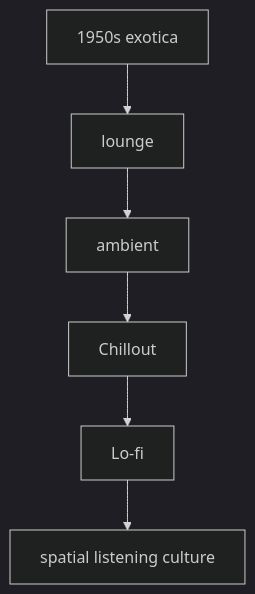
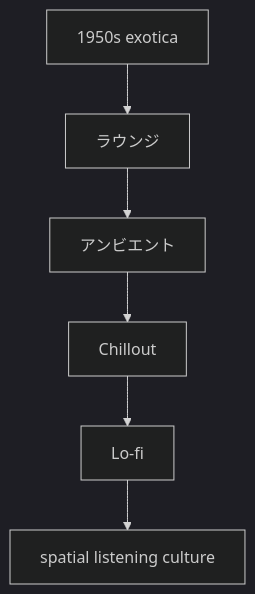
The eighth of 8 diagrams in en/_posts/2026-05-24-column-martin-denny.md (monumental-movement/monumental-movement.github.io), drawn with Mermaid (dark theme) before and after one commit. The commit also changed other lines of this file and 2196 other files, not shown here.

```diff
--- a/en/_posts/2026-05-24-column-martin-denny.md
+++ b/en/_posts/2026-05-24-column-martin-denny.md
@@ -465,8 +465,8 @@
 <div class="mermaid">
 graph TD
-A[1950s exotica] --> B[lounge]
-B --> C[ambient]
+A[1950s exotica] --> B[ラウンジ]
+B --> C[アンビエント]
 C --> D[Chillout]
 D --> E[Lo-fi]
 E --> F[spatial listening culture]
 </div>
```
